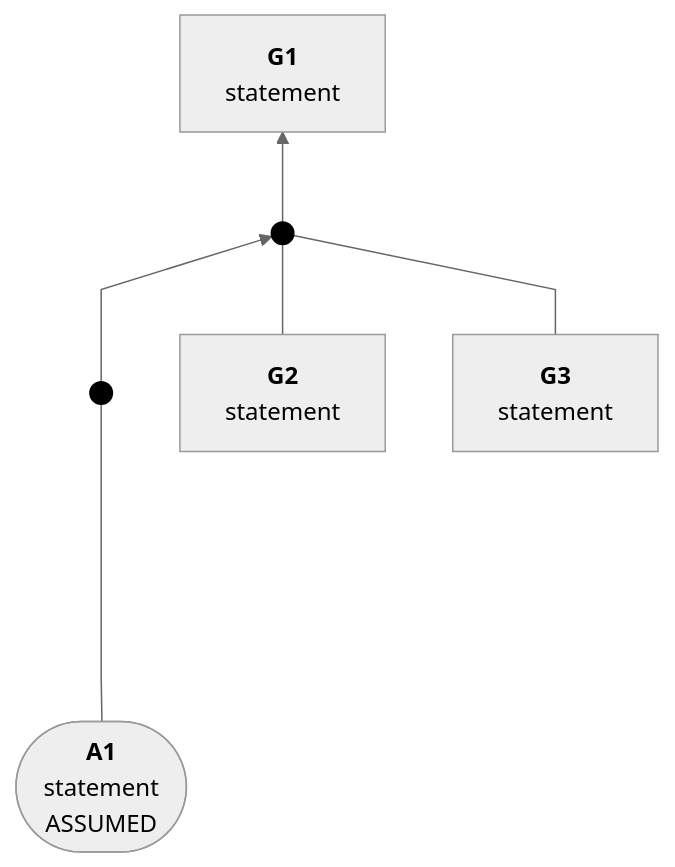
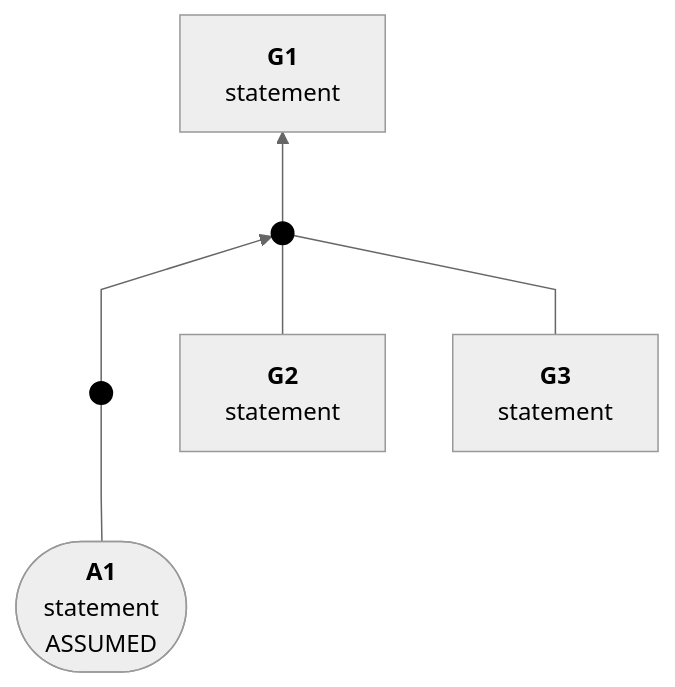
Before and after one commit to coreinfrastructure/best-practices-badge: diagram 13 of 18 in docs/sacm-mermaid.md, drawn with Mermaid. The commit also changed other lines of this file, not shown here.

Commit message:
Shorten line on figure D1

````diff
--- a/docs/sacm-mermaid.md
+++ b/docs/sacm-mermaid.md
@@ -1212,26 +1212,26 @@
 ```mermaid
 ---
 config:
   theme: neutral
   flowchart:
     curve: linear
     htmlLabels: true
     rankSpacing: 60
     nodeSpacing: 45
     padding: 15
 ---
 flowchart BT
     classDef sacmDot fill:#000,stroke:#000
     G1["<b>G1</b><br>statement"]
     A1(["<b>A1</b><br>statement</b><br>ASSUMED"])
     G2["<b>G2</b><br>statement"]
     G3["<b>G3</b><br>statement"]
     Inf1((" ")):::sacmDot
     Inf2((" ")):::sacmDot
 
-    A1 ----- Inf1
+    A1 --- Inf1
     Inf1 --> Inf2
     G2 --- Inf2
     G3 --- Inf2
     Inf2 --> G1
 ```
````
